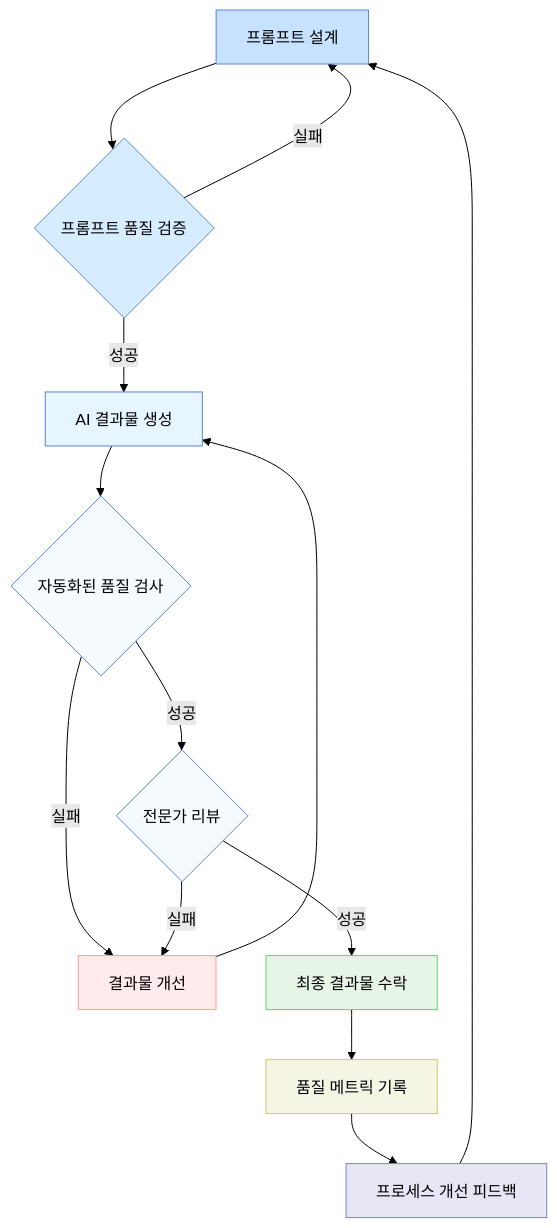
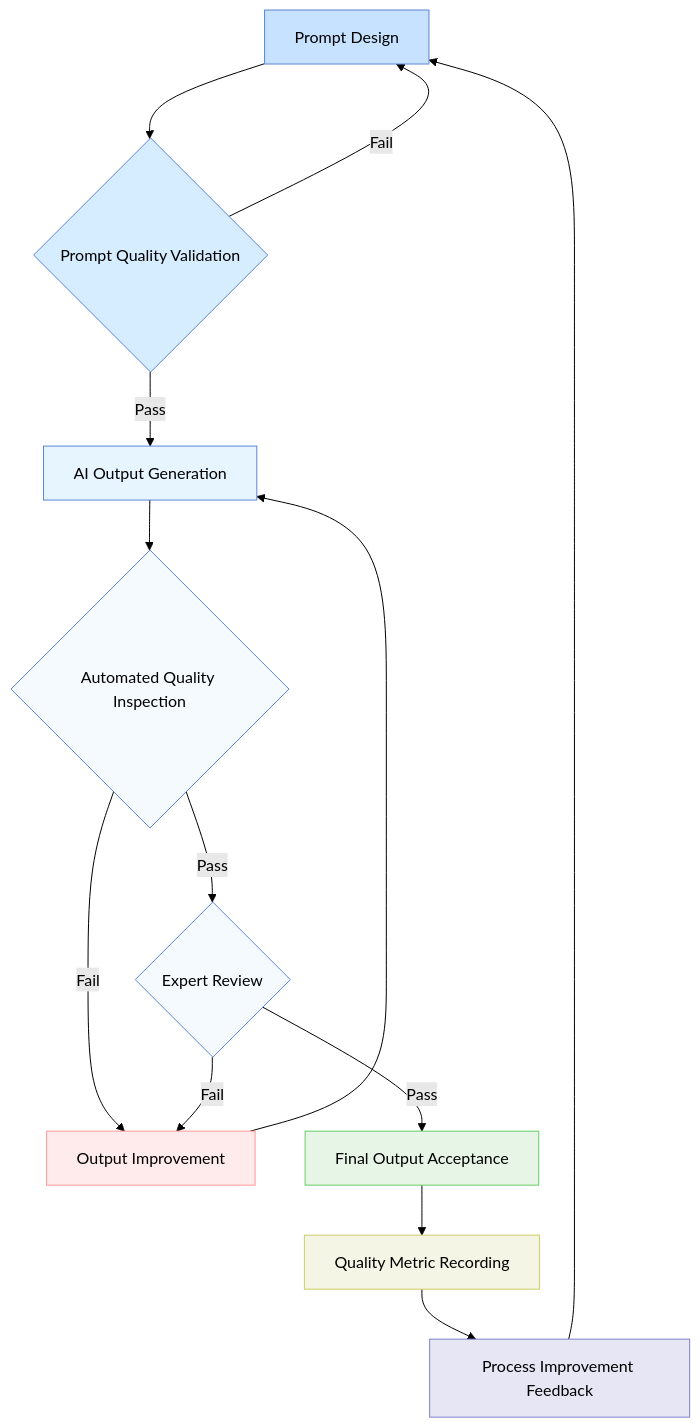
The fourth of 6 diagrams in 8.prompt-driven-development-methodology-considerations.md (bbalganjjm/prompt-driven-development), drawn with Mermaid (forest theme) before and after one commit. The commit also changed other lines of this file and 3 other files, not shown here.

````diff
--- a/8.prompt-driven-development-methodology-considerations.md
+++ b/8.prompt-driven-development-methodology-considerations.md
@@ -244,25 +231,25 @@
 ```mermaid
 graph TD
-    A[프롬프트 설계] --> B{프롬프트 품질 검증}
-    B -->|실패| A
-    B -->|성공| C[AI 결과물 생성]
-    C --> D{자동화된 품질 검사}
-    D -->|실패| E[결과물 개선]
+    A[Prompt Design] --> B{Prompt Quality Validation}
+    B -->|Fail| A
+    B -->|Pass| C[AI Output Generation]
+    C --> D{Automated Quality Inspection}
+    D -->|Fail| E[Output Improvement]
     E --> C
-    D -->|성공| F{전문가 리뷰}
-    F -->|실패| E
-    F -->|성공| G[최종 결과물 수락]
-    G --> H[품질 메트릭 기록]
-    H --> I[프로세스 개선 피드백]
+    D -->|Pass| F{Expert Review}
+    F -->|Fail| E
+    F -->|Pass| G[Final Output Acceptance]
+    G --> H[Quality Metric Recording]
+    H --> I[Process Improvement Feedback]
     I --> A
     
     style A fill:#c6e2ff,stroke:#5c85d6,color:#000000
     style B fill:#d6ecff,stroke:#5c85d6,color:#000000
     style C fill:#e6f5ff,stroke:#5c85d6,color:#000000
     style D fill:#f5faff,stroke:#5c85d6,color:#000000
     style E fill:#ffebeb,stroke:#ff9999,color:#000000
     style F fill:#f5faff,stroke:#5c85d6,color:#000000
     style G fill:#e6f5e6,stroke:#66cc66,color:#000000
     style H fill:#f5f5e6,stroke:#cccc66,color:#000000
     style I fill:#e6e6f5,stroke:#8080cc,color:#000000
 ```
````
